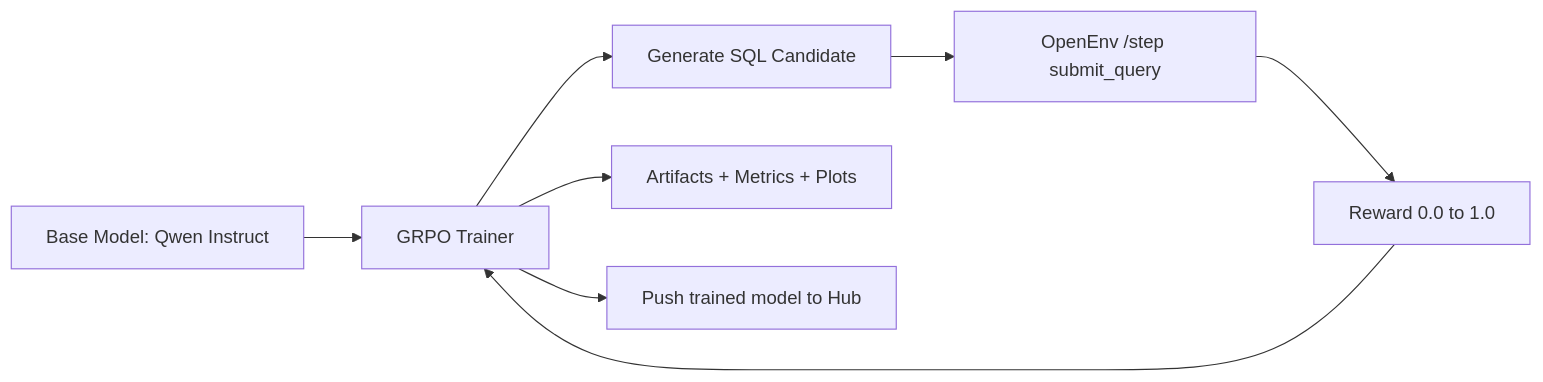
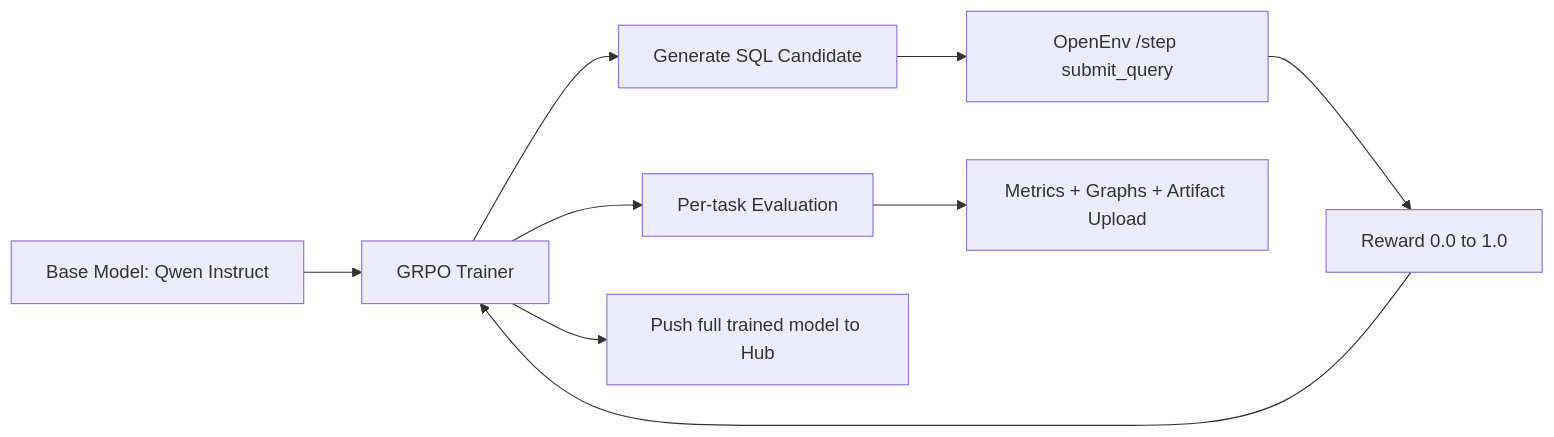
Before and after one commit to mdayan8/sql-debug-env: the first of 2 diagrams in docs/SQL_DEBUG_AGENT_LAUNCH_BLOG.md, drawn with Mermaid. The commit also changed other lines of this file and 1 other file, not shown here.

First line of the commit message:
Handle 7B GRPO OOM by defaulting to larger GPU flavor

````diff
--- a/docs/SQL_DEBUG_AGENT_LAUNCH_BLOG.md
+++ b/docs/SQL_DEBUG_AGENT_LAUNCH_BLOG.md
@@ -30,10 +68,11 @@
 ```mermaid
 flowchart LR
-    M[Base Model: Qwen Instruct] --> T[GRPO Trainer]
-    T --> G[Generate SQL Candidate]
-    G --> E[OpenEnv /step submit_query]
+    B[Base Model: Qwen Instruct] --> T[GRPO Trainer]
+    T --> C[Generate SQL Candidate]
+    C --> E[OpenEnv /step submit_query]
     E --> R[Reward 0.0 to 1.0]
     R --> T
-    T --> A[Artifacts + Metrics + Plots]
-    T --> H[Push trained model to Hub]
+    T --> V[Per-task Evaluation]
+    V --> A[Metrics + Graphs + Artifact Upload]
+    T --> H[Push full trained model to Hub]
 ```
````
